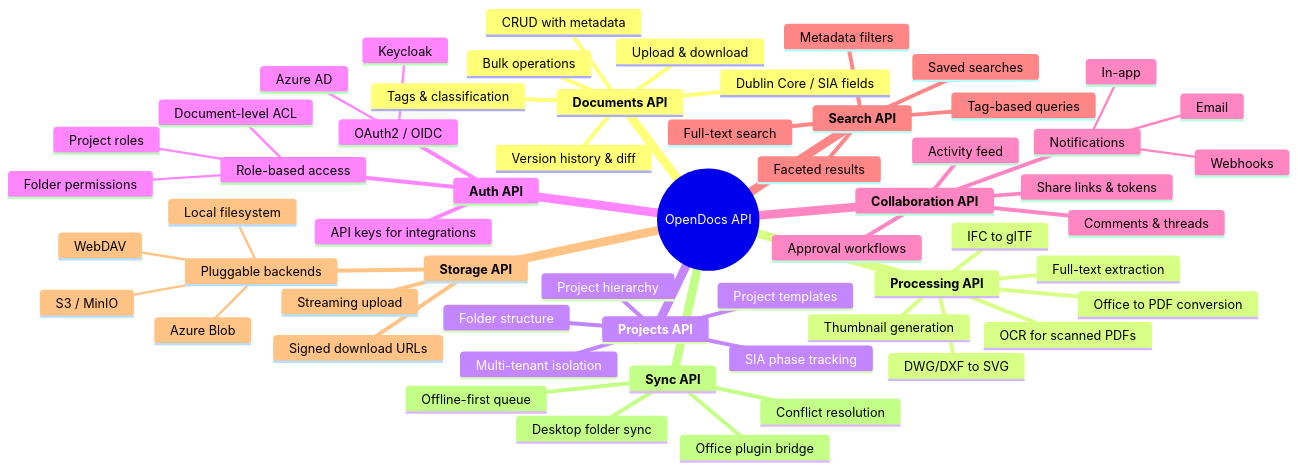
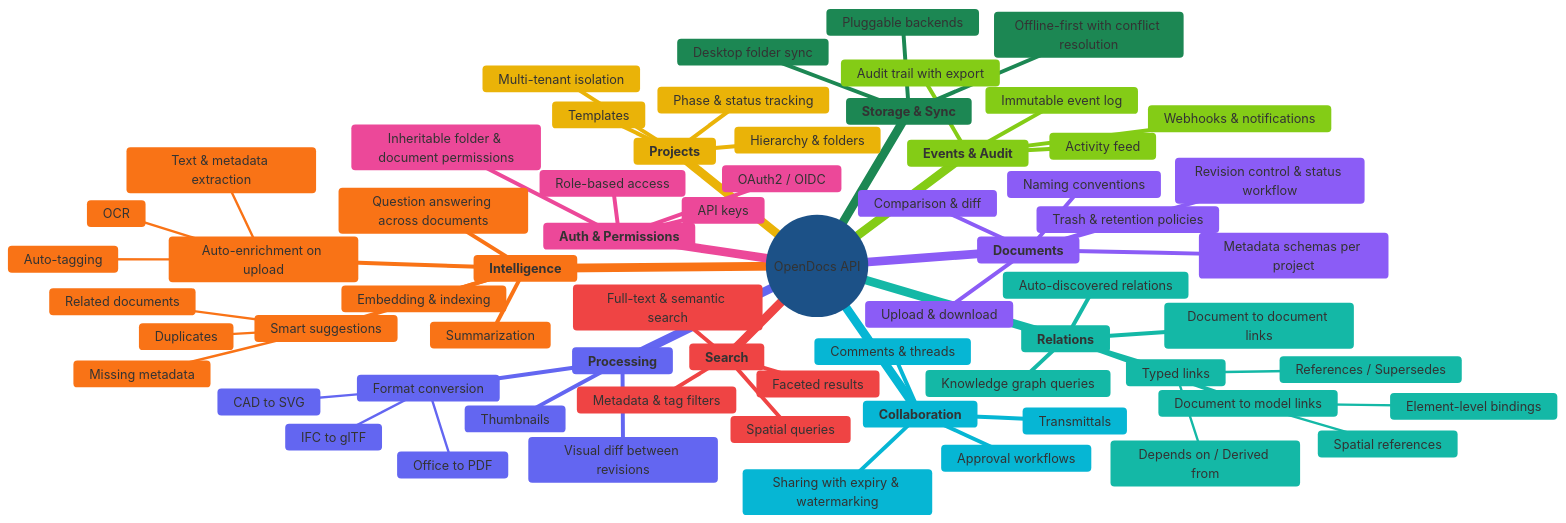
The third of 3 diagrams in README.md (davras5/open-docs), drawn with Mermaid before and after one commit. The commit also changed other lines of this file, not shown here.

````diff
--- a/README.md
+++ b/README.md
@@ -274,61 +274,87 @@
 ```mermaid
+%%{init: {'theme': 'base', 'themeVariables': {
+  'primaryColor': '#4A90D9',
+  'lineColor': '#888',
+  'textColor': '#1a1a2e',
+  'cScale0': '#3B82F6',
+  'cScale1': '#8B5CF6',
+  'cScale2': '#F97316',
+  'cScale3': '#14B8A6',
+  'cScale4': '#6366F1',
+  'cScale5': '#EAB308',
+  'cScale6': '#EC4899',
+  'cScale7': '#06B6D4',
+  'cScale8': '#EF4444',
+  'cScale9': '#84CC16',
+  'cScalePeer1': '#fff', 'cScalePeer2': '#fff', 'cScalePeer3': '#fff',
+  'cScalePeer4': '#fff', 'cScalePeer5': '#fff', 'cScalePeer6': '#fff',
+  'cScalePeer7': '#fff', 'cScalePeer8': '#fff', 'cScalePeer9': '#fff'
+}}}%%
 mindmap
   root((OpenDocs API))
-    **Documents API**
+    **Documents**
       Upload & download
-      CRUD with metadata
-      Version history & diff
-      Bulk operations
-      Tags & classification
-      Dublin Core / SIA fields
-    **Processing API**
-      Office to PDF conversion
-      Thumbnail generation
-      Full-text extraction
-      DWG/DXF to SVG
-      IFC to glTF
-      OCR for scanned PDFs
-    **Projects API**
-      Project hierarchy
-      Folder structure
-      Project templates
+      Metadata schemas per project
+      Revision control & status workflow
+      Naming conventions
+      Comparison & diff
+      Trash & retention policies
+    **Intelligence**
+      Auto-enrichment on upload
+        Text & metadata extraction
+        OCR
+        Auto-tagging
+      Embedding & indexing
+      Question answering across documents
+      Summarization
+      Smart suggestions
+        Related documents
+        Missing metadata
+        Duplicates
+    **Relations**
+      Document to document links
+      Document to model links
+        Spatial references
+        Element-level bindings
+      Typed links
+        References / Supersedes
+        Depends on / Derived from
+      Auto-discovered relations
+      Knowledge graph queries
+    **Processing**
+      Format conversion
+        Office to PDF
+        CAD to SVG
+        IFC to glTF
+      Thumbnails
+      Visual diff between revisions
+    **Projects**
+      Hierarchy & folders
+      Templates
       Multi-tenant isolation
-      SIA phase tracking
-    **Auth API**
+      Phase & status tracking
+    **Auth & Permissions**
       OAuth2 / OIDC
-        Azure AD
-        Keycloak
       Role-based access
-        Project roles
-        Folder permissions
-        Document-level ACL
-      API keys for integrations
-    **Collaboration API**
-      Share links & tokens
+      Inheritable folder & document permissions
+      API keys
+    **Collaboration**
+      Sharing with expiry & watermarking
       Comments & threads
       Approval workflows
+      Transmittals
+    **Search**
+      Full-text & semantic search
+      Metadata & tag filters
+      Spatial queries
+      Faceted results
+    **Events & Audit**
+      Immutable event log
+      Audit trail with export
       Activity feed
-      Notifications
-        Email
-        Webhooks
-        In-app
-    **Search API**
-      Full-text search
-      Metadata filters
-      Tag-based queries
-      Faceted results
-      Saved searches
-    **Storage API**
+      Webhooks & notifications
+    **Storage & Sync**
       Pluggable backends
-        S3 / MinIO
-        Azure Blob
-        WebDAV
-        Local filesystem
-      Streaming upload
-      Signed download URLs
-    **Sync API**
       Desktop folder sync
-      Offline-first queue
-      Conflict resolution
-      Office plugin bridge
+      Offline-first with conflict resolution
 ```
````
